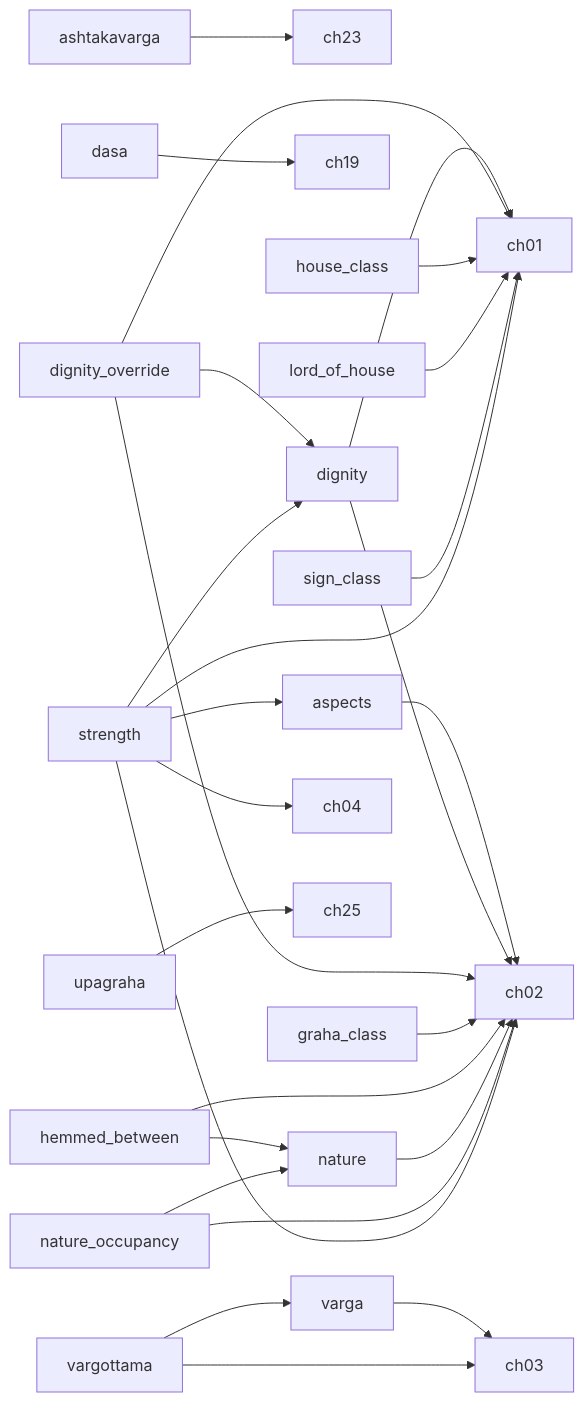
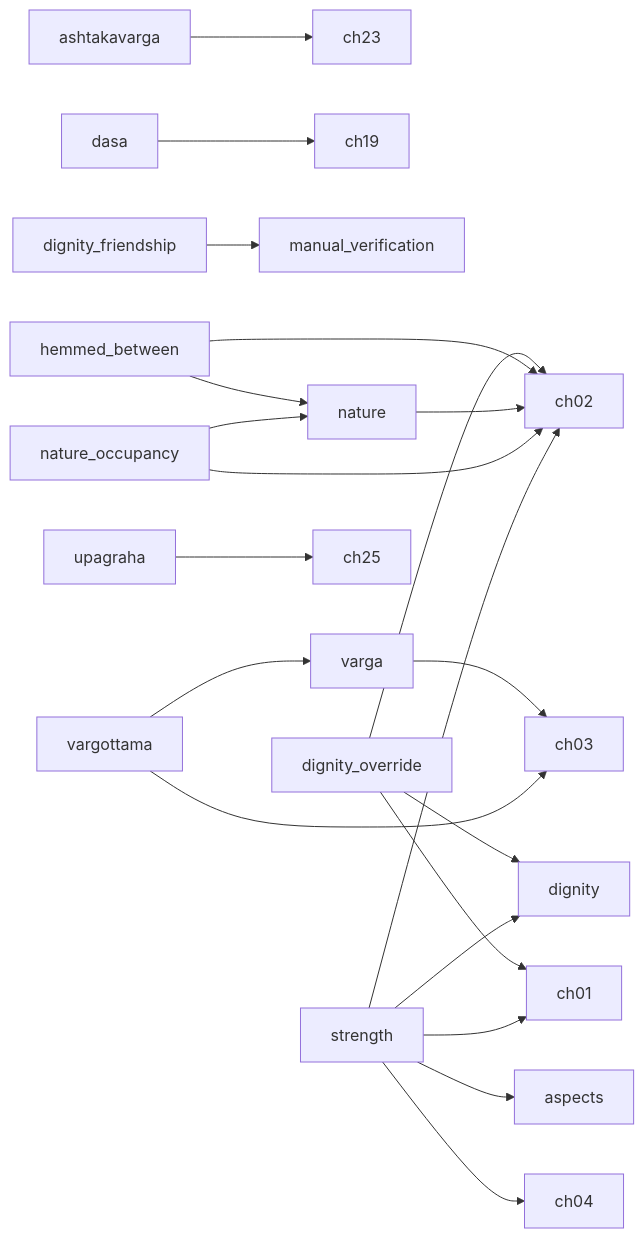
The diagram in Reports/PHASE3_PLAN.md (tarunrameshphotography/Vedic-AI), drawn with Mermaid before and after one commit. The commit also changed other lines of this file and 11 other files, not shown here.

````diff
--- a/Reports/PHASE3_PLAN.md
+++ b/Reports/PHASE3_PLAN.md
@@ -50,29 +44,23 @@
 ```mermaid
 graph LR
   ashtakavarga --> ch23
-  aspects --> ch02
   dasa --> ch19
-  dignity --> ch01
-  dignity --> ch02
+  dignity_friendship --> manual_verification
   dignity_override --> dignity
   dignity_override --> ch01
   dignity_override --> ch02
-  graha_class --> ch02
   hemmed_between --> nature
   hemmed_between --> ch02
-  house_class --> ch01
-  lord_of_house --> ch01
   nature --> ch02
   nature_occupancy --> nature
   nature_occupancy --> ch02
-  sign_class --> ch01
   strength --> aspects
   strength --> dignity
   strength --> ch01
   strength --> ch02
   strength --> ch04
   upagraha --> ch25
   varga --> ch03
   vargottama --> varga
   vargottama --> ch03
 ```
````
